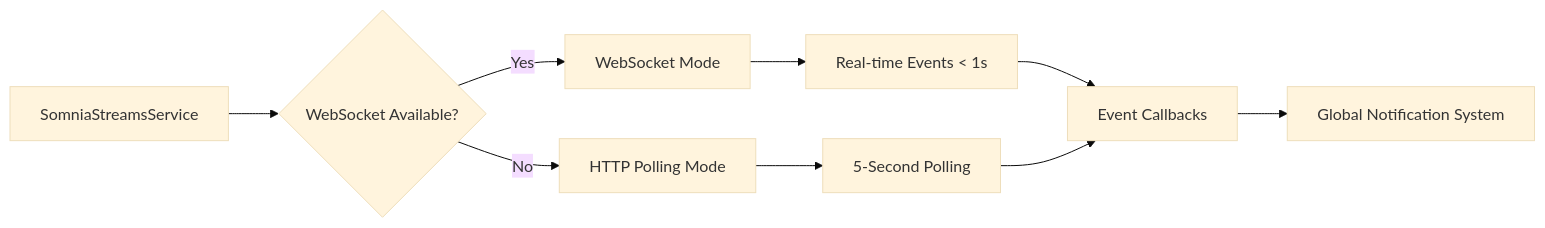
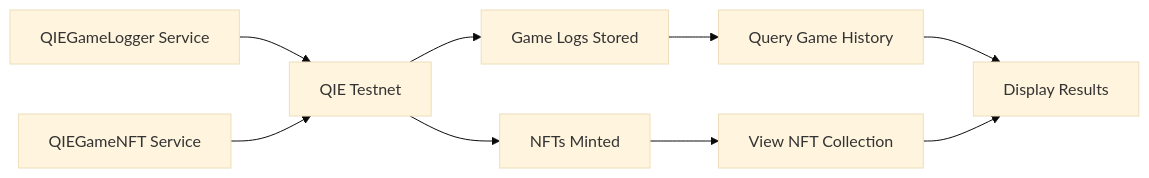
Before and after one commit to AmaanSayyad/APT-Casino-QIE: diagram 12 of 12 in README.md, drawn with Mermaid (base theme). The commit also changed other lines of this file, not shown here.

````diff
--- a/README.md
+++ b/README.md
@@ -668,14 +671,13 @@
 ```mermaid
 graph LR
-    A[SomniaStreamsService] --> B{WebSocket Available?}
-    B -->|Yes| C[WebSocket Mode]
-    B -->|No| D[HTTP Polling Mode]
+    A[QIEGameLogger Service] --> B[QIE Testnet]
+    C[QIEGameNFT Service] --> B
+    B --> D[Game Logs Stored]
+    B --> E[NFTs Minted]
     
-    C --> E[Real-time Events < 1s]
-    D --> F[5-Second Polling]
+    D --> F[Query Game History]
+    E --> G[View NFT Collection]
     
-    E --> G[Event Callbacks]
-    F --> G
-    
-    G --> H[Global Notification System]
+    F --> H[Display Results]
+    G --> H
 ```
````
